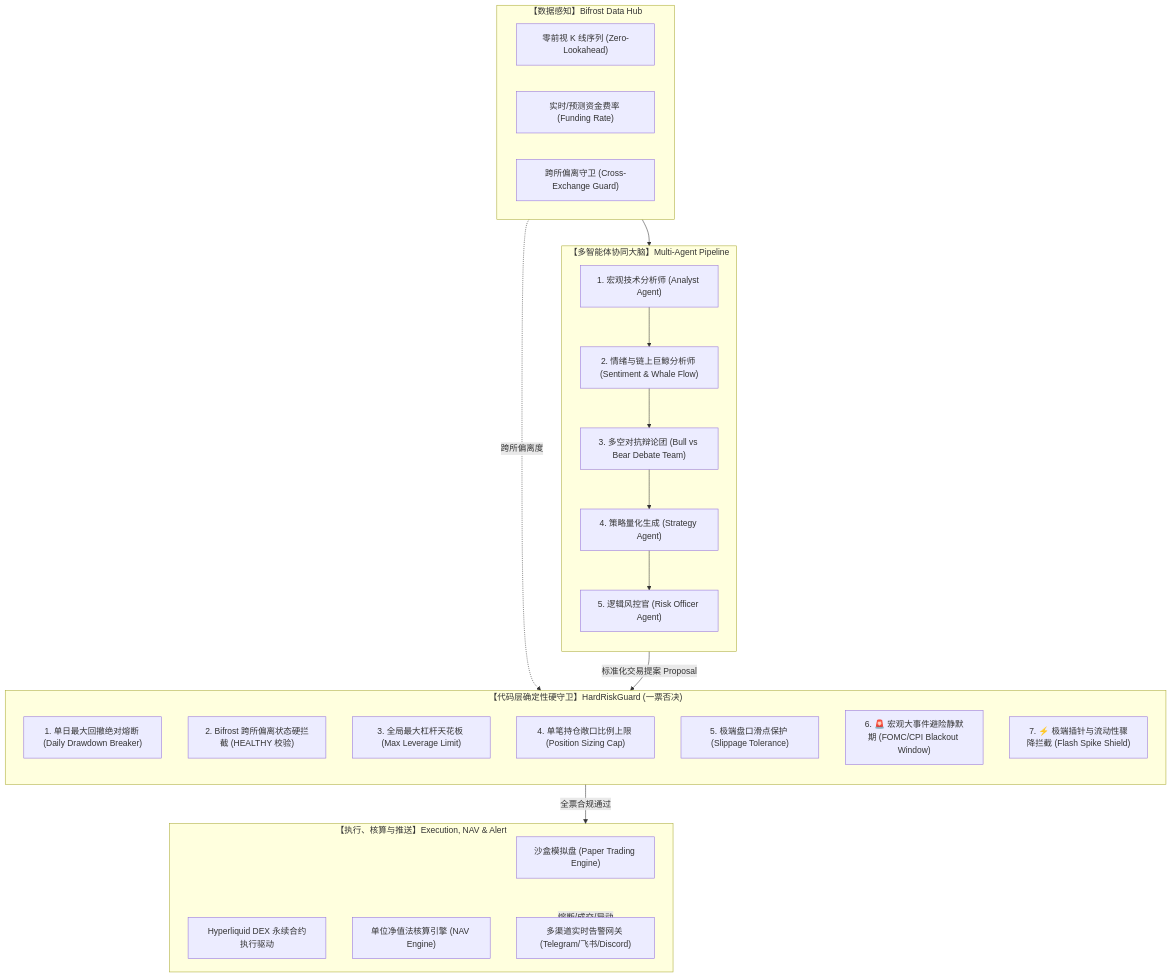
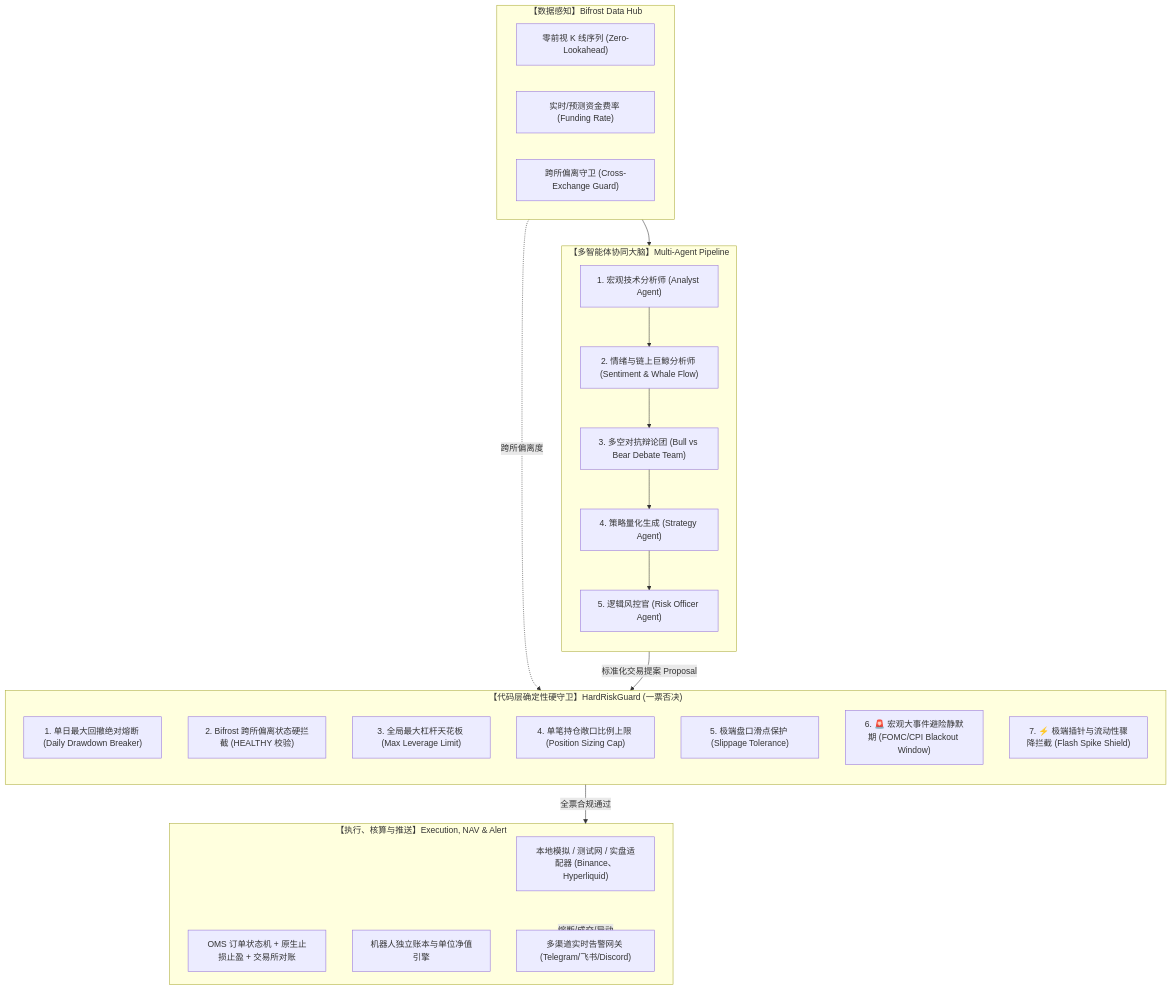
Before and after one commit to open-agentpay/heimdall-trading: the diagram in README_ZH.md, drawn with Mermaid. The commit also changed other lines of this file and 3 other files, not shown here.

````diff
--- a/README_ZH.md
+++ b/README_ZH.md
@@ -53,42 +53,42 @@
 ```mermaid
 flowchart TD
     subgraph Data["【数据感知】Bifrost Data Hub"]
         B1["零前视 K 线序列 (Zero-Lookahead)"]
         B2["实时/预测资金费率 (Funding Rate)"]
         B3["跨所偏离守卫 (Cross-Exchange Guard)"]
     end
 
     subgraph Swarm["【多智能体协同大脑】Multi-Agent Pipeline"]
         direction TB
         A1["1. 宏观技术分析师 (Analyst Agent)"]
         A5["2. 情绪与链上巨鲸分析师 (Sentiment & Whale Flow)"]
         A2["3. 多空对抗辩论团 (Bull vs Bear Debate Team)"]
         A3["4. 策略量化生成 (Strategy Agent)"]
         A4["5. 逻辑风控官 (Risk Officer Agent)"]
         A1 --> A5 --> A2 --> A3 --> A4
     end
 
     subgraph Guard["【代码层确定性硬守卫】HardRiskGuard (一票否决)"]
         direction TB
         G1["1. 单日最大回撤绝对熔断 (Daily Drawdown Breaker)"]
         G2["2. Bifrost 跨所偏离状态硬拦截 (HEALTHY 校验)"]
         G3["3. 全局最大杠杆天花板 (Max Leverage Limit)"]
         G4["4. 单笔持仓敞口比例上限 (Position Sizing Cap)"]
         G5["5. 极端盘口滑点保护 (Slippage Tolerance)"]
         G6["6. 🚨 宏观大事件避险静默期 (FOMC/CPI Blackout Window)"]
         G7["7. ⚡ 极端插针与流动性骤降拦截 (Flash Spike Shield)"]
     end
 
     subgraph Exec["【执行、核算与推送】Execution, NAV & Alert"]
-        E1["沙盒模拟盘 (Paper Trading Engine)"]
-        E2["Hyperliquid DEX 永续合约执行驱动"]
-        E3["单位净值法核算引擎 (NAV Engine)"]
+        E1["本地模拟 / 测试网 / 实盘适配器 (Binance、Hyperliquid)"]
+        E2["OMS 订单状态机 + 原生止损止盈 + 交易所对账"]
+        E3["机器人独立账本与单位净值引擎"]
         E4["多渠道实时告警网关 (Telegram/飞书/Discord)"]
     end
 
     Data --> Swarm
     Data -.->|跨所偏离度| Guard
     Swarm -->|标准化交易提案 Proposal| Guard
     Guard -->|全票合规通过| Exec
     Exec -->|熔断/成交/异动| E4
 ```
````
